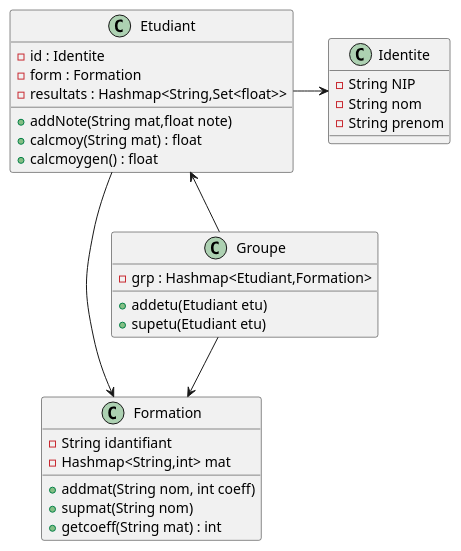
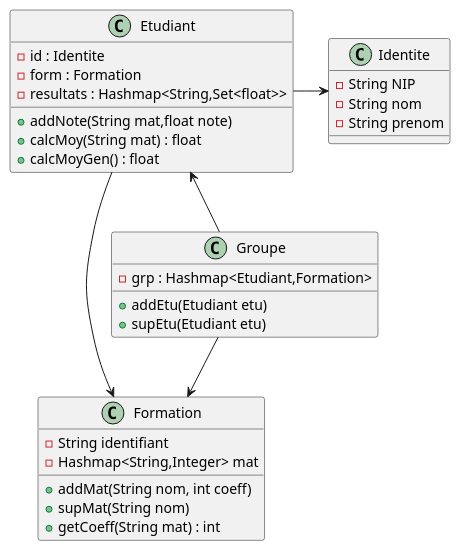
Before and after one commit to LimHounTchenAime/Demarque_LimHounTchen_S3B_Exo3: the diagram in src/DiagClasses.puml, drawn with PlantUML. The commit also changed 2 other files, not shown here.

Commit message:
Debut Etudiant + Identite + Diag classe

```diff
--- a/src/DiagClasses.puml
+++ b/src/DiagClasses.puml
@@ -1,39 +1,39 @@
 @startuml
 'https://plantuml.com/class-diagram
 
 class Etudiant{
     - id : Identite
     - form : Formation
     - resultats : Hashmap<String,Set<float>>
     + addNote(String mat,float note)
-    + calcmoy(String mat) : float
-    + calcmoygen() : float
+    + calcMoy(String mat) : float
+    + calcMoyGen() : float
 }
 
 class Identite{
     - String NIP
     - String nom
     - String prenom
 }
 
 class Formation{
-    - String idantifiant
-    - Hashmap<String,int> mat
-    + addmat(String nom, int coeff)
-    + supmat(String nom)
-    + getcoeff(String mat) : int
+    - String identifiant
+    - Hashmap<String,Integer> mat
+    + addMat(String nom, int coeff)
+    + supMat(String nom)
+    + getCoeff(String mat) : int
 }
 
 class Groupe{
     - grp : Hashmap<Etudiant,Formation>
-    + addetu(Etudiant etu)
-    + supetu(Etudiant etu)
+    + addEtu(Etudiant etu)
+    + supEtu(Etudiant etu)
 }
 
 Groupe -up-> Etudiant
 Groupe -down-> Formation
 Etudiant -> Formation
 Etudiant -> Identite
 
 
 @enduml
```
